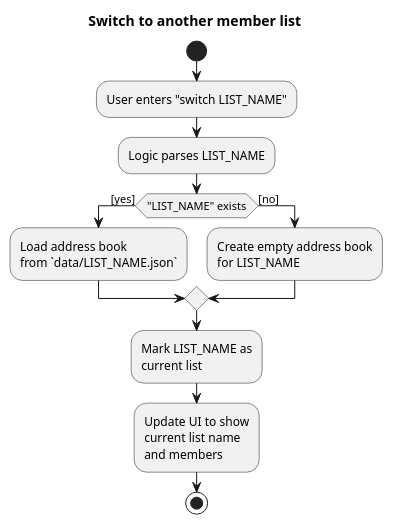
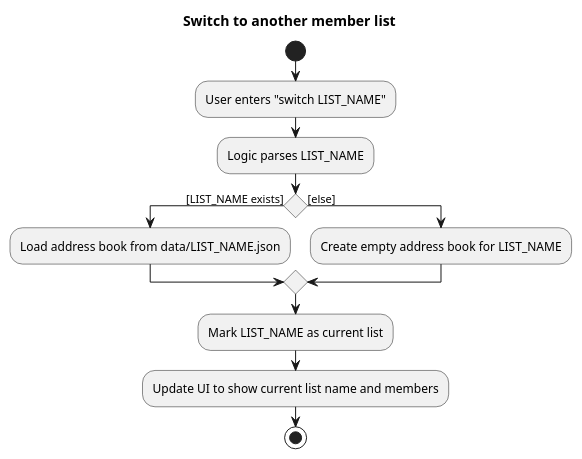
One commit to javierchuaby/tp changed the diagram in docs/diagrams/SwitchActivityDiagram.puml. Above: the diagram before and after it, drawn with PlantUML. The commit also changed 3 other files, not shown here.

Commit message:
Update Diagrams

```diff
--- a/docs/diagrams/SwitchActivityDiagram.puml
+++ b/docs/diagrams/SwitchActivityDiagram.puml
@@ -1,26 +1,20 @@
 @startuml
 title Switch to another member list
 
 start
 
 :User enters "switch LIST_NAME";
-
 :Logic parses LIST_NAME;
 
-if ("LIST_NAME" exists) then ([yes])
-  :Load address book
-  from `data/LIST_NAME.json`;
-else ([no])
-  :Create empty address book
-  for LIST_NAME;
+' Empty diamond; guards live on branches
+if () then ([LIST_NAME exists])
+  :Load address book from data/LIST_NAME.json;
+else ([else])
+  :Create empty address book for LIST_NAME;
 endif
 
-:Mark LIST_NAME as
-current list;
-
-:Update UI to show
-current list name
-and members;
+:Mark LIST_NAME as current list;
+:Update UI to show current list name and members;
 
 stop
 @enduml
```
